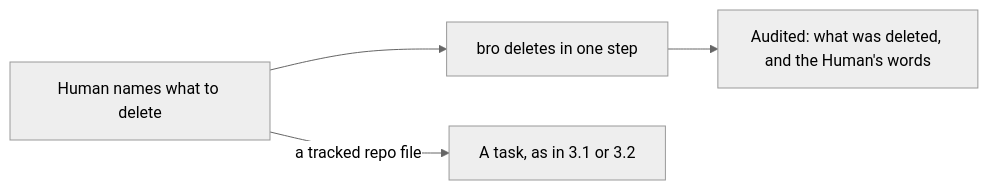
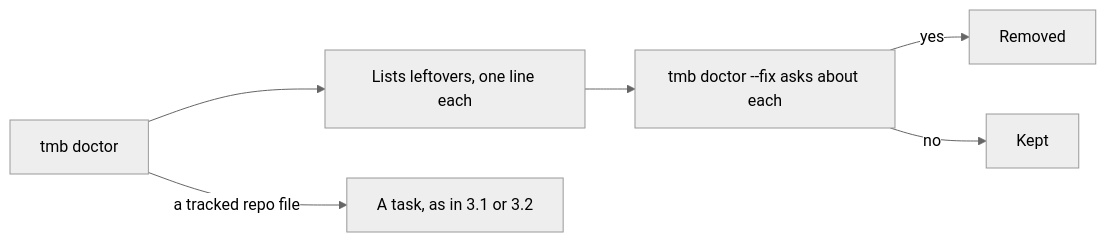
Diagram 13 of 24 in docs/architecture/FLOWS.md (trustmybot/tmb), drawn with Mermaid (neutral theme) before and after one commit. The commit also changed other lines of this file and 38 other files, not shown here.

````diff
--- a/docs/architecture/FLOWS.md
+++ b/docs/architecture/FLOWS.md
@@ -164,6 +213,8 @@
 ```mermaid
 flowchart LR
-    A[Human names what to delete] --> B[bro deletes in one step]
-    B --> C[Audited: what was deleted, and the Human's words]
-    A -- a tracked repo file --> D[A task, as in 3.1 or 3.2]
+    A["tmb doctor"] --> B["Lists leftovers, one line each"]
+    B --> C["tmb doctor --fix asks about each"]
+    C -- yes --> D["Removed"]
+    C -- no --> E["Kept"]
+    A -- "a tracked repo file" --> F["A task, as in 3.1 or 3.2"]
 ```
````
